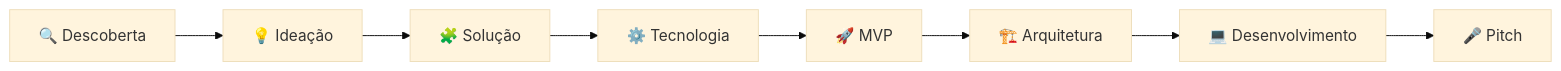
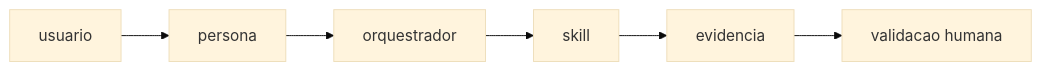
The diagram in README.md (smp-sandramariapereira/IPIT), drawn with Mermaid (base theme) before and after one commit. The commit also changed other lines of this file and 14 other files, not shown here.

````diff
--- a/README.md
+++ b/README.md
@@ -20,10 +33,8 @@
 ```mermaid
 flowchart LR
-    A[🔍 Descoberta] --> B[💡 Ideação]
-    B --> C[🧩 Solução]
-    C --> D[⚙️ Tecnologia]
-    D --> E[🚀 MVP]
-    E --> F[🏗️ Arquitetura]
-    F --> G[💻 Desenvolvimento]
-    G --> H[🎤 Pitch]
+    U[usuario] --> P[persona]
+    P --> O[orquestrador]
+    O --> S[skill]
+    S --> E[evidencia]
+    E --> V[validacao humana]
 ```
````
